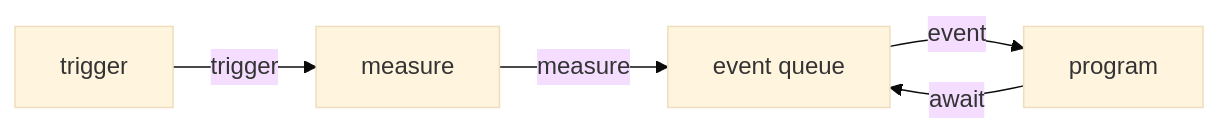
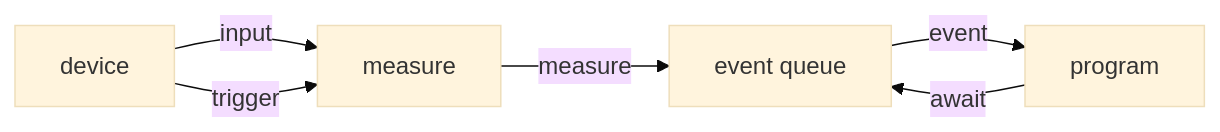
Before and after one commit to sininen-blue/2526-first-sem: the sixth of 8 diagrams in graphics-computing/6plus/day_08.md, drawn with Mermaid (base theme). The commit also changed other lines of this file, not shown here.

Commit message:
graph 8: done done

````diff
--- a/graphics-computing/6plus/day_08.md
+++ b/graphics-computing/6plus/day_08.md
@@ -232,10 +277,11 @@
 ```mermaid
 graph LR;
-a[trigger]
+a[device]
 b[measure]
 c[event queue]
 d[program]
 
+a --input--> b
 a --trigger--> b --measure--> c --event--> d
 d --await--> c
 ```
````
